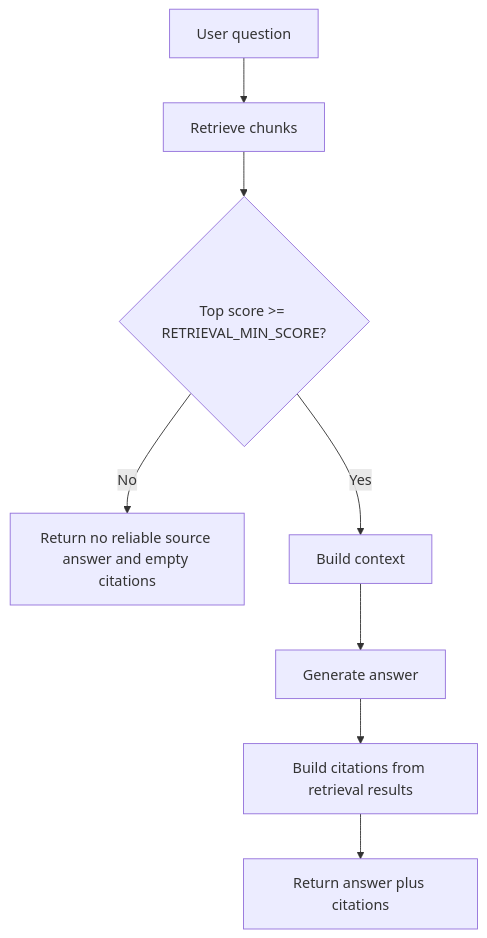
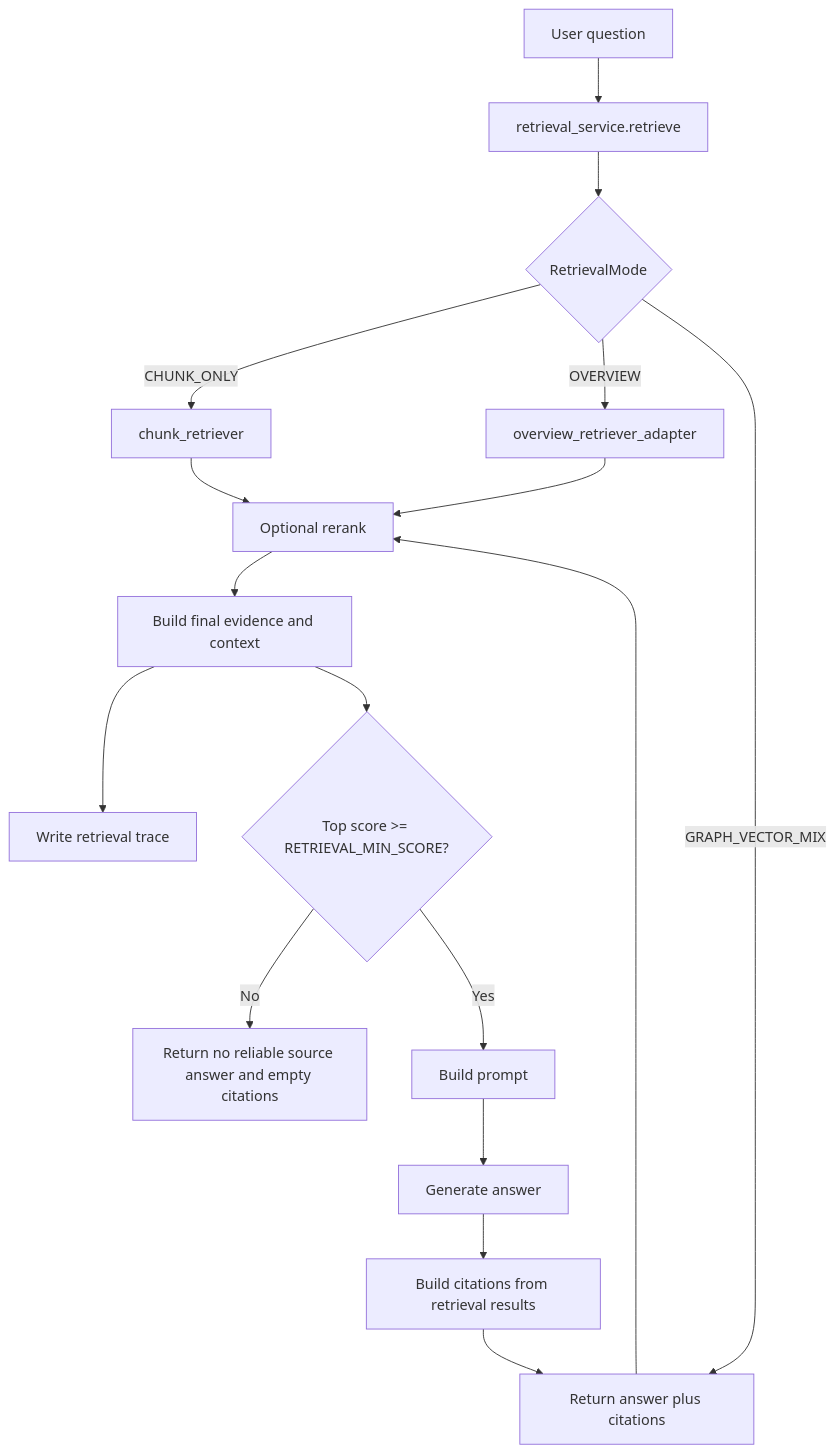
Before and after one commit to pmk915/purelink: the diagram in docs/retrieval-and-citations.md, drawn with Mermaid. The commit also changed other lines of this file and 110 other files, not shown here.

First line of the commit message:
Add comprehensive tests for knowledge graph and retrieval services

````diff
--- a/docs/retrieval-and-citations.md
+++ b/docs/retrieval-and-citations.md
@@ -90,10 +253,19 @@
 ```mermaid
 flowchart TD
-  Q[User question] --> A[Retrieve chunks]
-  A --> B{Top score >= RETRIEVAL_MIN_SCORE?}
-  B -->|No| C[Return no reliable source answer and empty citations]
-  B -->|Yes| D[Build context]
-  D --> E[Generate answer]
-  E --> F[Build citations from retrieval results]
+  Q[User question] --> A[retrieval_service.retrieve]
+  A --> R{RetrievalMode}
+  R -->|CHUNK_ONLY| CR[chunk_retriever]
+  R -->|OVERVIEW| O[overview_retriever_adapter]
+  R -->|GRAPH_VECTOR_MIX| G[graph + vector candidates]
+  CR --> RR[Optional rerank]
+  O --> RR
+  G --> RR
+  RR --> EC[Build final evidence and context]
+  EC --> T[Write retrieval trace]
+  EC --> B{Top score >= RETRIEVAL_MIN_SCORE?}
+  B -->|No| N[Return no reliable source answer and empty citations]
+  B -->|Yes| P[Build prompt]
+  P --> L[Generate answer]
+  L --> F[Build citations from retrieval results]
   F --> G[Return answer plus citations]
 ```
````
